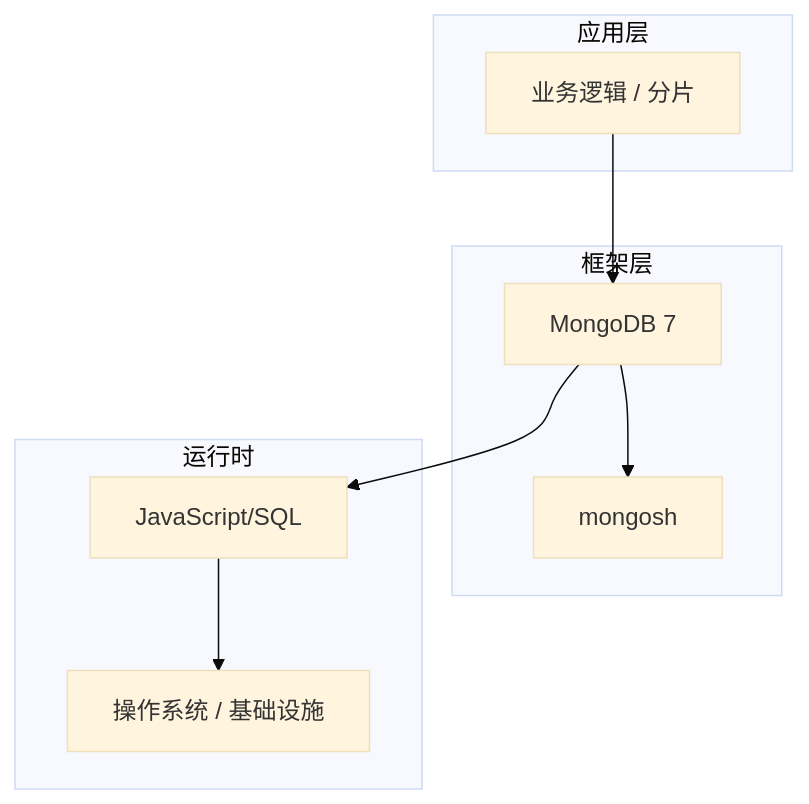
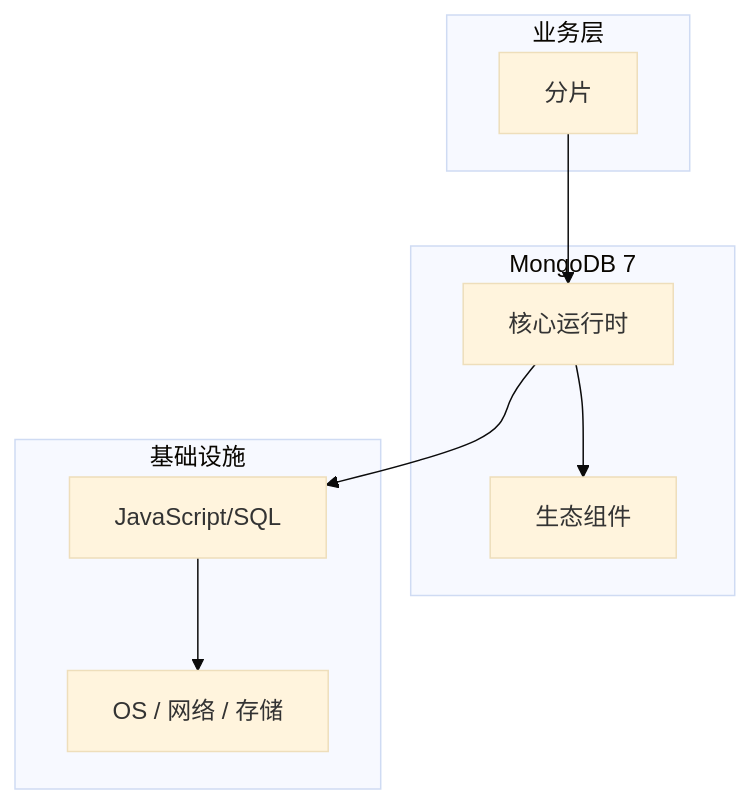
Before and after one commit to yanggan2015/knowledge-json-v2: the diagram in articles/MongoDB/chapters/043-分片核心概念与原理.md, drawn with Mermaid (base theme). The commit also changed other lines of this file and 10127 other files, not shown here.

````diff
--- a/articles/MongoDB/chapters/043-分片核心概念与原理.md
+++ b/articles/MongoDB/chapters/043-分片核心概念与原理.md
@@ -45,18 +34,18 @@
 ```mermaid
 graph TB
-    subgraph 应用层
-        A[业务逻辑 / 分片]
+    subgraph 业务层
+        A[分片]
     end
-    subgraph 框架层
-        B[MongoDB 7]
-        C[mongosh]
+    subgraph MongoDB 7
+        B[核心运行时]
+        C[生态组件]
     end
-    subgraph 运行时
+    subgraph 基础设施
         D[JavaScript/SQL]
-        E[操作系统 / 基础设施]
+        E[OS / 网络 / 存储]
     end
     A --> B
     B --> C
     B --> D
     D --> E
 ```
````
